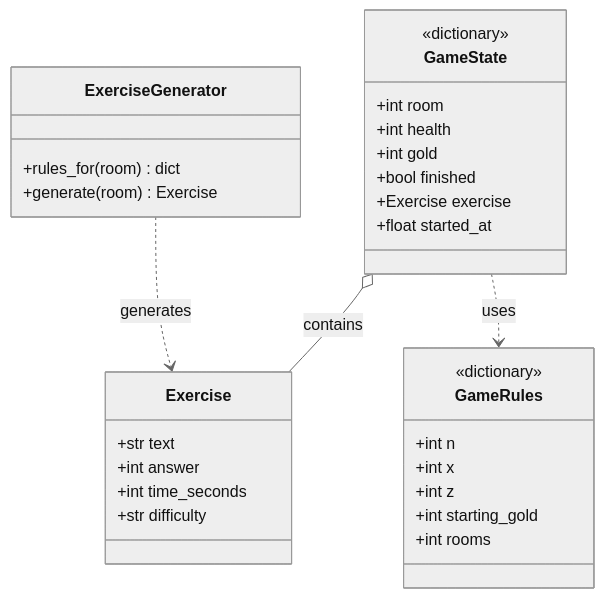
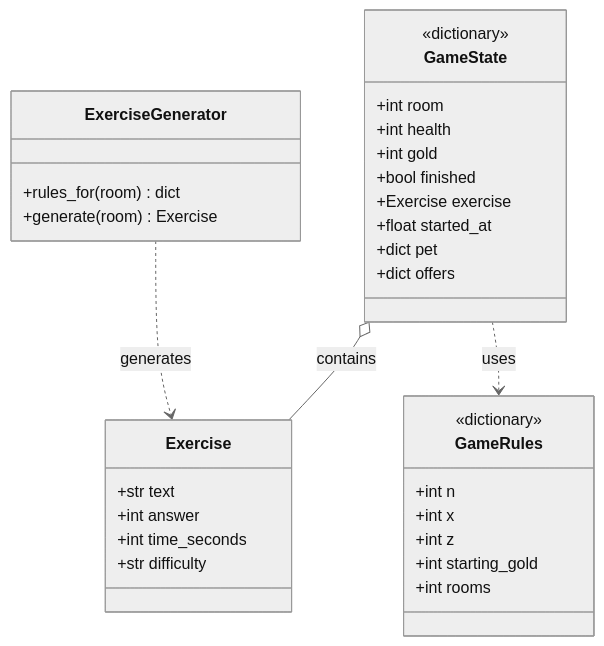
The first of 2 diagrams in 19vo Ejercicio videojuego/docs/CLASS_DIAGRAM.md (ecojrsg/Programacion-Asistida), drawn with Mermaid (neutral theme) before and after one commit. The commit also changed other lines of this file and 4 other files, not shown here.

````diff
--- a/19vo Ejercicio videojuego/docs/CLASS_DIAGRAM.md
+++ b/19vo Ejercicio videojuego/docs/CLASS_DIAGRAM.md
@@ -6,33 +6,35 @@
 ```mermaid
 classDiagram
     class Exercise {
       +str text
       +int answer
       +int time_seconds
       +str difficulty
     }
     class ExerciseGenerator {
       +rules_for(room) dict
       +generate(room) Exercise
     }
     class GameState {
       <<dictionary>>
       +int room
       +int health
       +int gold
       +bool finished
       +Exercise exercise
       +float started_at
+      +dict pet
+      +dict offers
     }
     class GameRules {
       <<dictionary>>
       +int n
       +int x
       +int z
       +int starting_gold
       +int rooms
     }
     ExerciseGenerator ..> Exercise : generates
     GameState o-- Exercise : contains
     GameState ..> GameRules : uses
 ```
````
